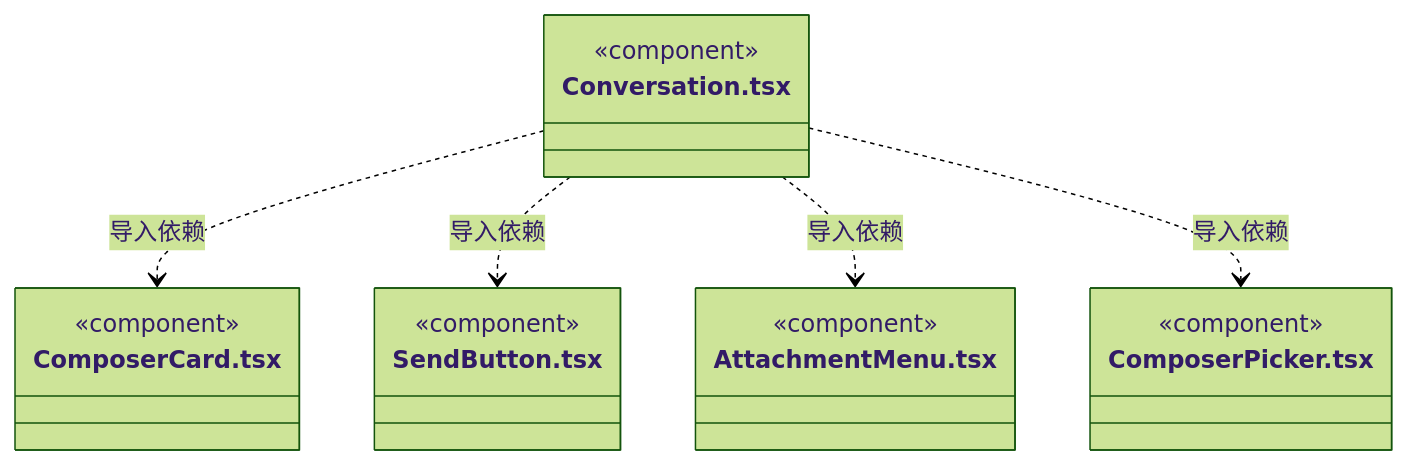
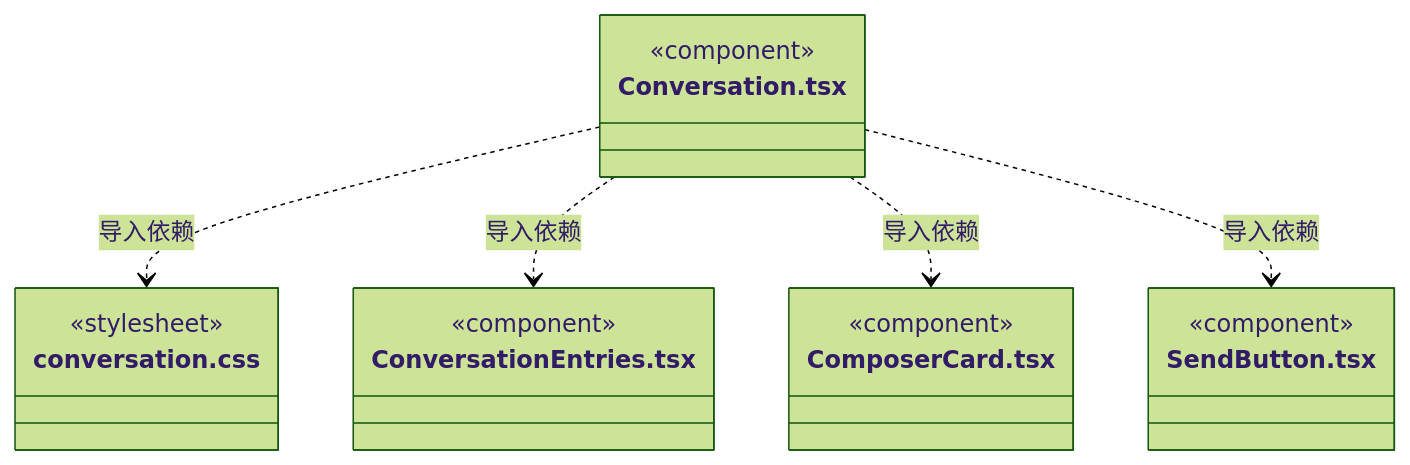
Diagram 42 of 50 in src/view/conversation/ARCHITECTURE.md (nan023062/cbim), drawn with Mermaid (forest theme) before and after one commit. The commit also changed other lines of this file and 24 other files, not shown here.

````diff
--- a/src/view/conversation/ARCHITECTURE.md
+++ b/src/view/conversation/ARCHITECTURE.md
@@ -565,22 +609,22 @@
 ```mermaid
 classDiagram
 class N_src_view_conversation_Conversation_tsx["Conversation.tsx"] {
+  <<component>>
+}
+class N_src_view_conversation_conversation_css["conversation.css"] {
+  <<stylesheet>>
+}
+class N_src_view_conversation_ConversationEntries_tsx["ConversationEntries.tsx"] {
   <<component>>
 }
 class N_src_view_conversation_ComposerCard_tsx["ComposerCard.tsx"] {
   <<component>>
 }
 class N_src_view_conversation_SendButton_tsx["SendButton.tsx"] {
   <<component>>
 }
-class N_src_view_conversation_AttachmentMenu_tsx["AttachmentMenu.tsx"] {
-  <<component>>
-}
-class N_src_view_conversation_ComposerPicker_tsx["ComposerPicker.tsx"] {
-  <<component>>
-}
+N_src_view_conversation_Conversation_tsx ..> N_src_view_conversation_conversation_css : 导入依赖
+N_src_view_conversation_Conversation_tsx ..> N_src_view_conversation_ConversationEntries_tsx : 导入依赖
 N_src_view_conversation_Conversation_tsx ..> N_src_view_conversation_ComposerCard_tsx : 导入依赖
 N_src_view_conversation_Conversation_tsx ..> N_src_view_conversation_SendButton_tsx : 导入依赖
-N_src_view_conversation_Conversation_tsx ..> N_src_view_conversation_AttachmentMenu_tsx : 导入依赖
-N_src_view_conversation_Conversation_tsx ..> N_src_view_conversation_ComposerPicker_tsx : 导入依赖
 ```
````
